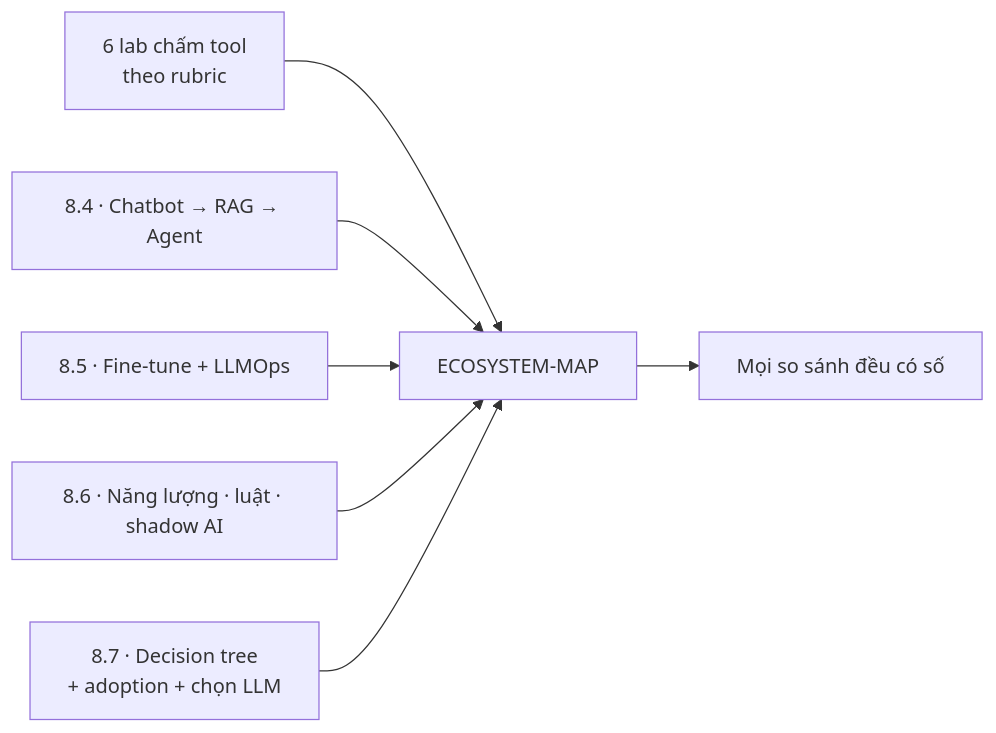
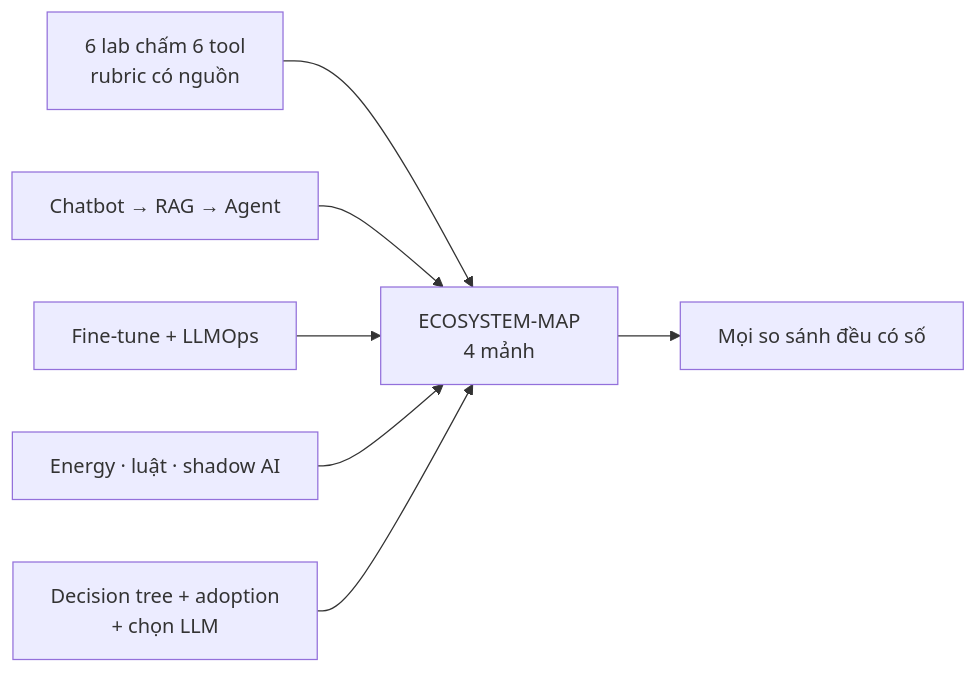
Before and after one commit to heino-labs/gen-ai-labs: the first of 6 diagrams in docs/curriculum/MODULE-08-ecosystem-lab.md, drawn with Mermaid. The commit also changed other lines of this file and 10 other files, not shown here.

Commit message:
Refactor MODULE-09-capstone.md and README.md for clarity and structure; enhance narrative flow and emphasize evidence-based learning in AI testing curriculum.

````diff
--- a/docs/curriculum/MODULE-08-ecosystem-lab.md
+++ b/docs/curriculum/MODULE-08-ecosystem-lab.md
@@ -36,9 +31,9 @@
 ```mermaid
 flowchart LR
-    LABS["6 lab chấm tool<br/>theo rubric"] --> MAP["ECOSYSTEM-MAP"]
-    ARC["8.4 · Chatbot → RAG → Agent"] --> MAP
-    OPS["8.5 · Fine-tune + LLMOps"] --> MAP
-    GOV["8.6 · Năng lượng · luật · shadow AI"] --> MAP
-    STRAT["8.7 · Decision tree<br/>+ adoption + chọn LLM"] --> MAP
-    MAP --> KEEP["Mọi so sánh đều có số"]
+    TOOLS["6 lab chấm 6 tool<br/>rubric có nguồn"] --> MAP["ECOSYSTEM-MAP<br/>4 mảnh"]
+    ARC["Chatbot → RAG → Agent"] --> MAP
+    OPS["Fine-tune + LLMOps"] --> MAP
+    GOV["Energy · luật · shadow AI"] --> MAP
+    STRAT["Decision tree + adoption<br/>+ chọn LLM"] --> MAP
+    MAP --> BOTH["Mọi so sánh đều có số"]
 ```
````
